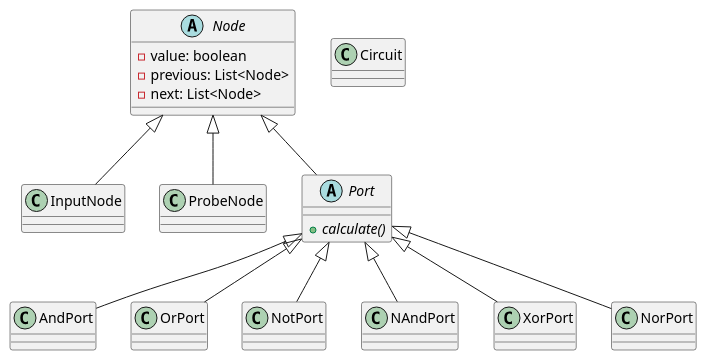
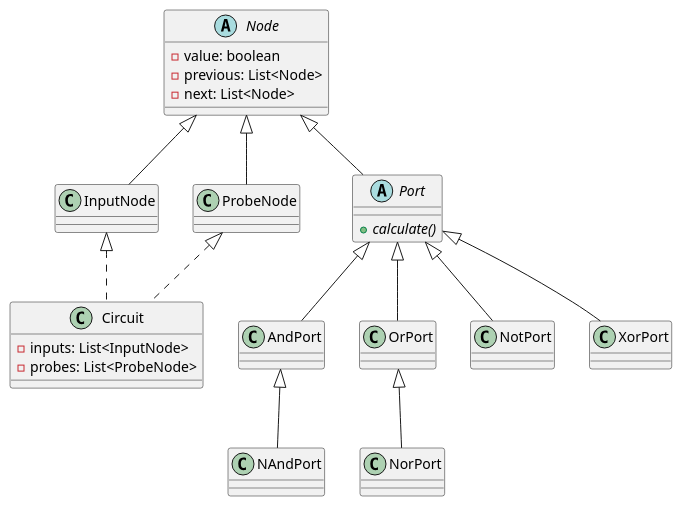
Before and after one commit to stevenliebregt/avans-dp1-sirkwie: the diagram in docs/diagrams/dkd.puml, drawn with PlantUML.

```diff
--- a/docs/diagrams/dkd.puml
+++ b/docs/diagrams/dkd.puml
@@ -1,51 +1,54 @@
 @startuml
 ' Nodes
 abstract class Node {
     -value: boolean
     -previous: List<Node>
     -next: List<Node>
 }
 
 class InputNode {
 }
 Node <|-- InputNode
 
 class ProbeNode {
 }
 Node <|-- ProbeNode
 
 ' Ports
 abstract class Port {
     +{abstract} calculate()
 }
 Node <|-- Port
 
 class AndPort {
 }
 Port <|-- AndPort
 
+class NAndPort {
+}
+AndPort <|-- NAndPort
+
 class OrPort {
 }
 Port <|-- OrPort
+
+class NorPort {
+}
+OrPort <|-- NorPort
 
 class NotPort {
 }
 Port <|-- NotPort
 
-class NAndPort {
-}
-Port <|-- NAndPort
-
 class XorPort {
 }
 Port <|-- XorPort
 
-class NorPort {
-}
-Port <|-- NorPort
-
 ' Circuit
 class Circuit {
-
+    -inputs: List<InputNode>
+    -probes: List<ProbeNode>
 }
+InputNode <|.. Circuit
+ProbeNode <|.. Circuit
 @enduml
```
